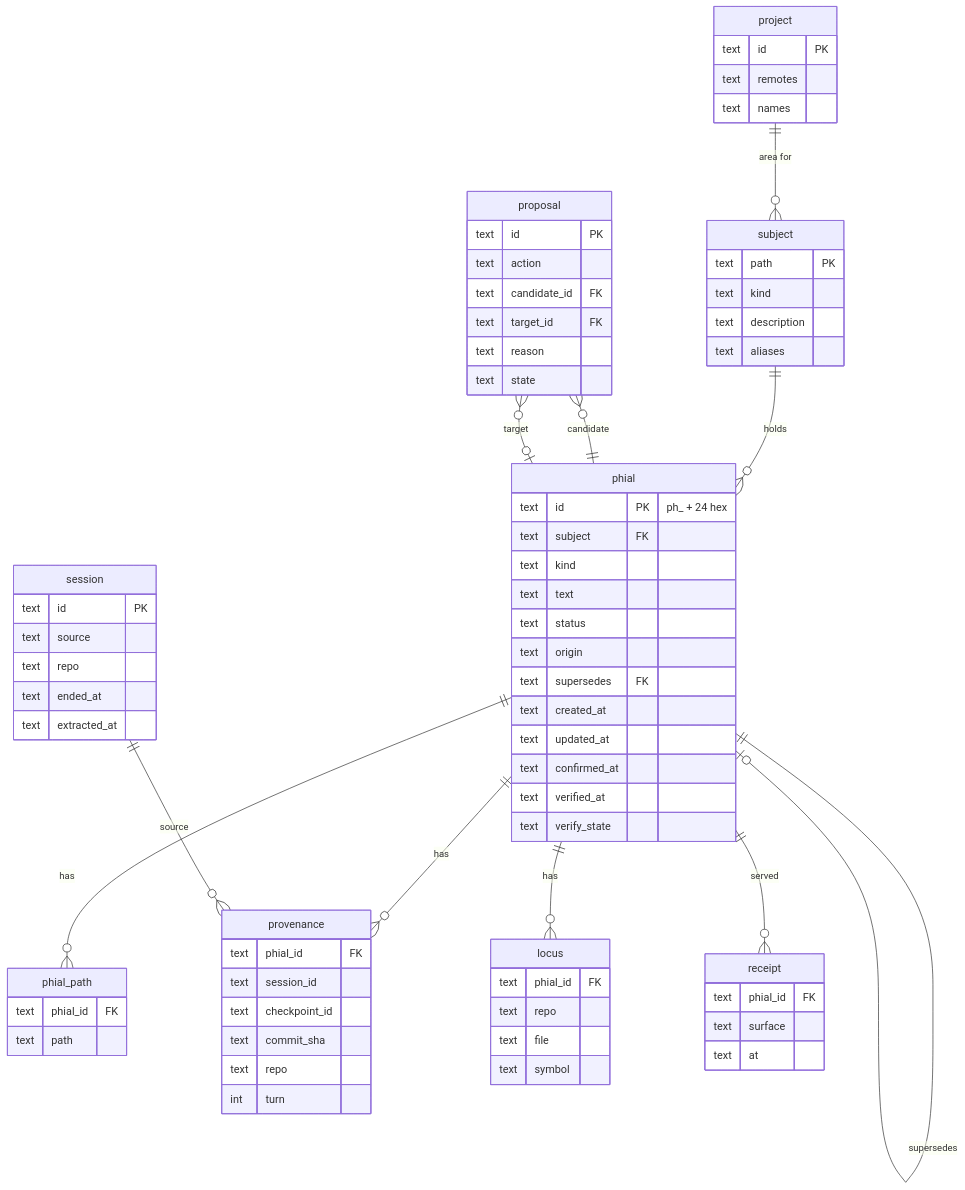
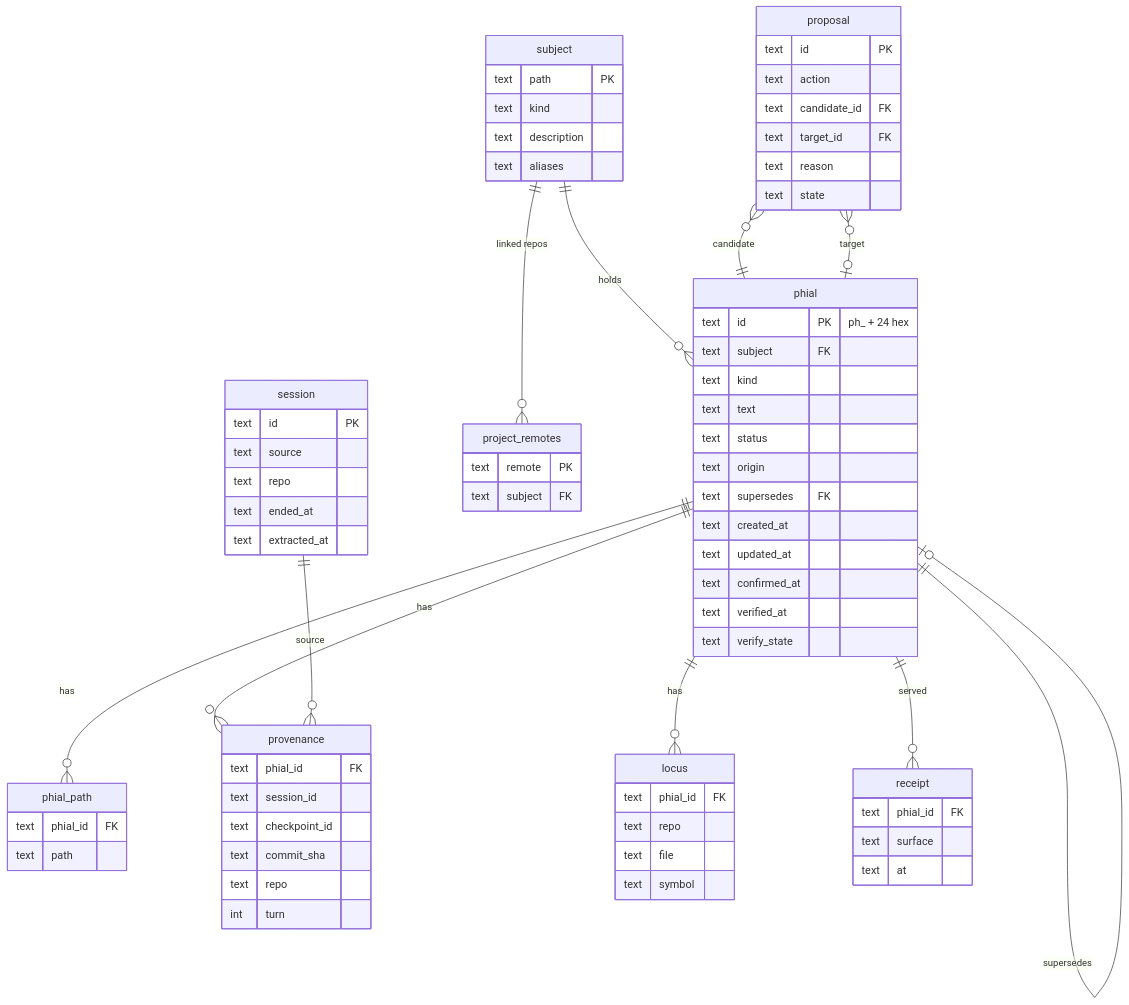
One commit to jaspermayone/phial changed the second of 4 diagrams in docs/design.md. Above: the diagram before and after it, drawn with Mermaid. The commit also changed other lines of this file and 3 other files, not shown here.

````diff
--- a/docs/design.md
+++ b/docs/design.md
@@ -86,77 +86,76 @@
 ```mermaid
 erDiagram
   phial ||--o{ phial_path : has
   phial ||--o{ provenance : has
   phial ||--o{ locus : has
   phial ||--o{ receipt : served
   phial ||--o| phial : supersedes
   subject ||--o{ phial : holds
-  project ||--o{ subject : "area for"
+  subject ||--o{ project_remotes : "linked repos"
   session ||--o{ provenance : source
   proposal }o--|| phial : candidate
   proposal }o--o| phial : target
 
   phial {
     text id PK "ph_ + 24 hex"
     text subject FK
     text kind
     text text
     text status
     text origin
     text supersedes FK
     text created_at
     text updated_at
     text confirmed_at
     text verified_at
     text verify_state
   }
   phial_path {
     text phial_id FK
     text path
   }
   provenance {
     text phial_id FK
     text session_id
     text checkpoint_id
     text commit_sha
     text repo
     int turn
   }
   locus {
     text phial_id FK
     text repo
     text file
     text symbol
   }
   subject {
     text path PK
     text kind
     text description
     text aliases
   }
-  project {
-    text id PK
-    text remotes
-    text names
+  project_remotes {
+    text remote PK
+    text subject FK
   }
   session {
     text id PK
     text source
     text repo
     text ended_at
     text extracted_at
   }
   proposal {
     text id PK
     text action
     text candidate_id FK
     text target_id FK
     text reason
     text state
   }
   receipt {
     text phial_id FK
     text surface
     text at
   }
 ```
````
